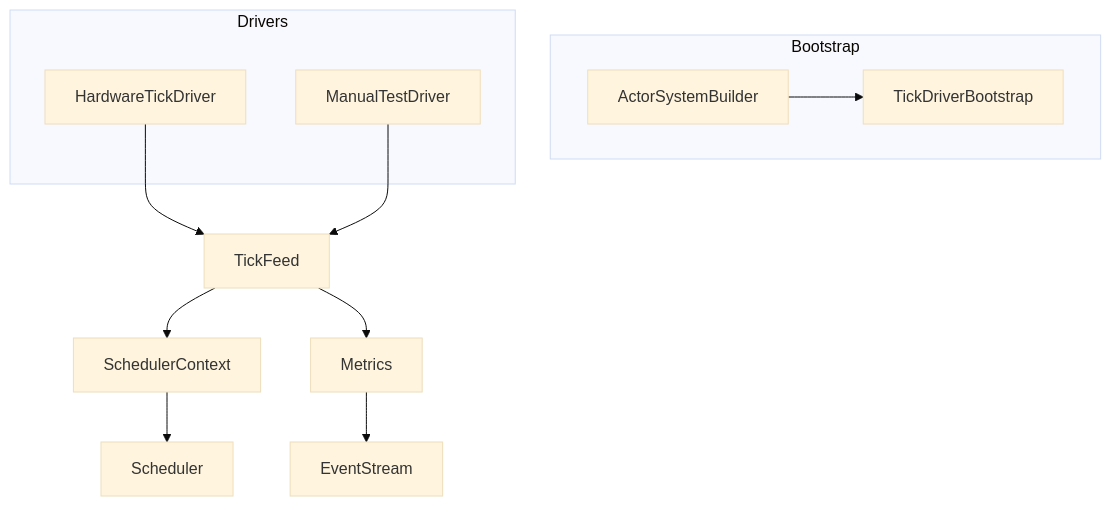
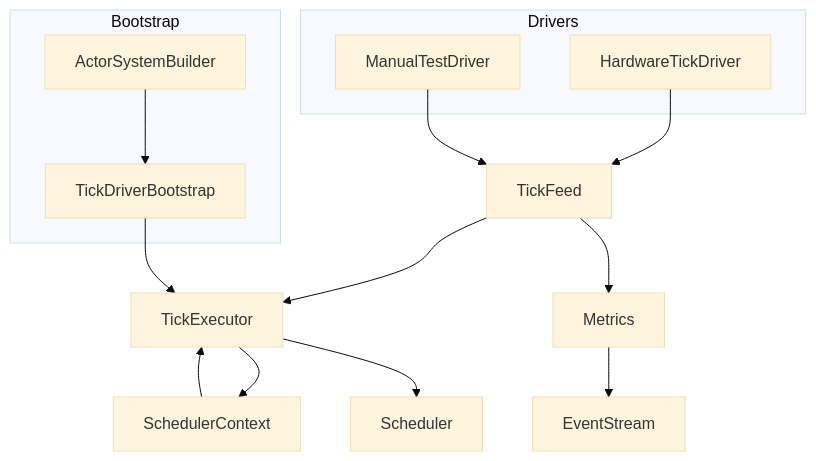
The first of 4 diagrams in .kiro/specs/scheduler-tick-driver-integration/design.md (j5ik2o/fraktor-rs), drawn with Mermaid (base theme) before and after one commit. The commit also changed other lines of this file, not shown here.

Commit message:
feat: introduce TickExecutor and enhance TickDriver configuration for automatic tick supply

````diff
--- a/.kiro/specs/scheduler-tick-driver-integration/design.md
+++ b/.kiro/specs/scheduler-tick-driver-integration/design.md
@@ -25,22 +25,26 @@
 ```mermaid
 graph TD
   subgraph Bootstrap
     Builder[ActorSystemBuilder]
     TickBootstrap[TickDriverBootstrap]
   end
   subgraph Drivers
     HwDriver[HardwareTickDriver]
     Manual[ManualTestDriver]
   end
   TickFeed[TickFeed]
+  Executor[TickExecutor]
   SchedulerCtx[SchedulerContext]
   Scheduler[Scheduler]
   EventStream[EventStream]
 
   Builder --> TickBootstrap
   HwDriver --> TickFeed
   Manual --> TickFeed
-  TickFeed --> SchedulerCtx
-  SchedulerCtx --> Scheduler
+  TickFeed --> Executor
+  TickBootstrap --> Executor
+  Executor --> SchedulerCtx
+  SchedulerCtx --> Executor
+  Executor --> Scheduler
   TickFeed --> Metrics --> EventStream
 ```
````
